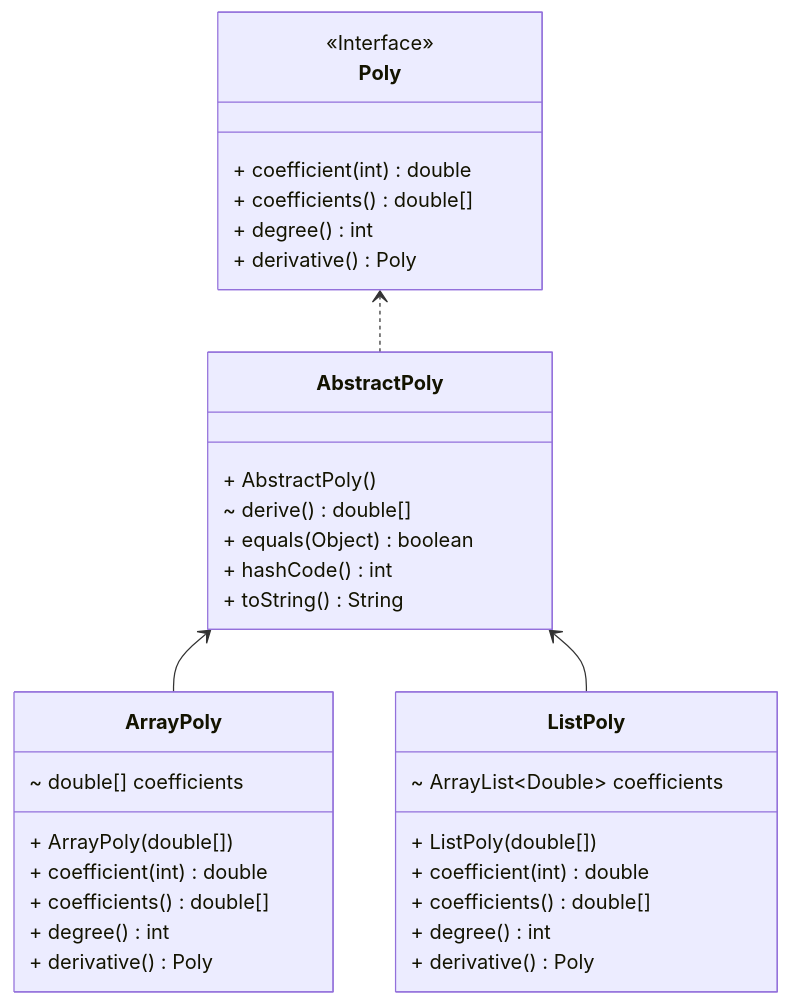
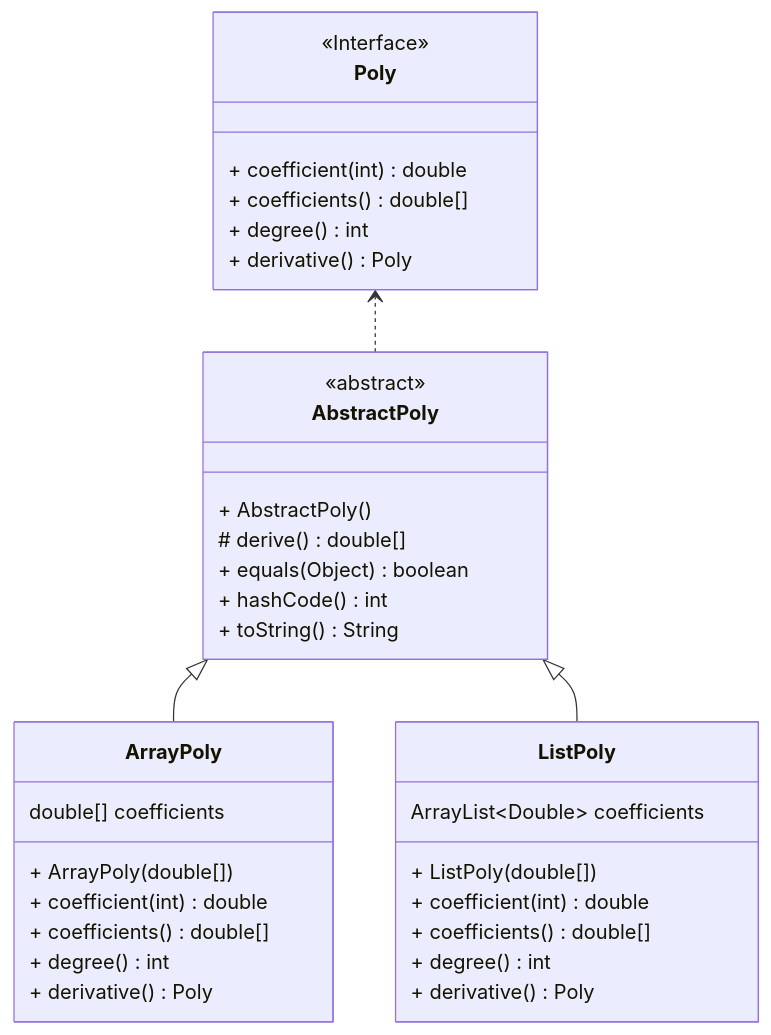
The second of 3 diagrams in src/main/java/com/nbicocchi/exercises/oop/README.md (nbicocchi/learn-java-core), drawn with Mermaid before and after one commit. The commit also changed other lines of this file, not shown here.

````diff
--- a/src/main/java/com/nbicocchi/exercises/oop/README.md
+++ b/src/main/java/com/nbicocchi/exercises/oop/README.md
@@ -191,38 +249,39 @@
 ```mermaid
 classDiagram
 direction BT
 class AbstractPoly {
+  <<abstract>>
   + AbstractPoly() 
-  ~ derive() double[]
+  # derive() double[]
   + equals(Object) boolean
   + hashCode() int
   + toString() String
 }
 class ArrayPoly {
+  double[] coefficients
   + ArrayPoly(double[]) 
-  ~ double[] coefficients
   + coefficient(int) double
   + coefficients() double[]
   + degree() int
   + derivative() Poly
 }
 class ListPoly {
+  ArrayList~Double~ coefficients
   + ListPoly(double[]) 
-  ~ ArrayList~Double~ coefficients
   + coefficient(int) double
   + coefficients() double[]
   + degree() int
   + derivative() Poly
 }
 class Poly {
-<<Interface>>
+  <<Interface>>
   + coefficient(int) double
   + coefficients() double[]
   + degree() int
   + derivative() Poly
 }
 
 AbstractPoly  ..>  Poly 
-ArrayPoly  -->  AbstractPoly 
-ListPoly  -->  AbstractPoly 
+ArrayPoly  --|>  AbstractPoly 
+ListPoly  --|>  AbstractPoly 
 ```
````
